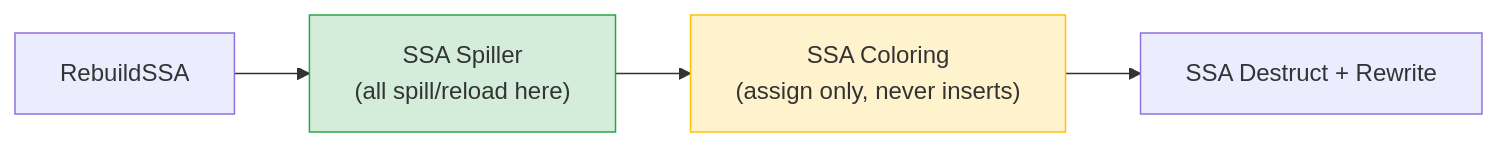
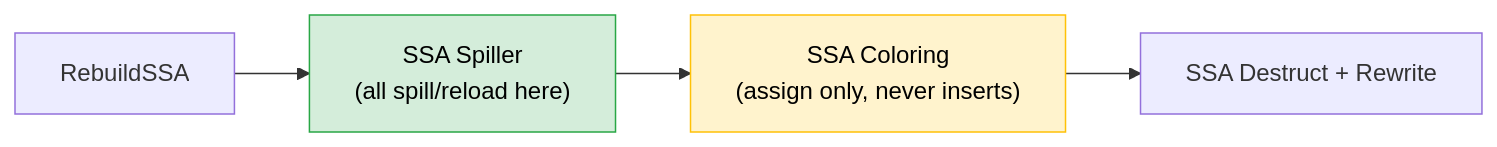
One commit to alex-t/ssa-spiller-docs changed the first of 5 diagrams in SSARA/04-Design/Spiller_Redesign.md. Above: the diagram before and after it, drawn with Mermaid. The commit also changed 7 other files, not shown here.

````diff
--- a/SSARA/04-Design/Spiller_Redesign.md
+++ b/SSARA/04-Design/Spiller_Redesign.md
@@ -21,8 +21,8 @@
 ```mermaid
 flowchart LR
     RS["RebuildSSA"] --> SP["SSA Spiller<br/>(all spill/reload here)"]
     SP --> RA["SSA Coloring<br/>(assign only, never inserts)"]
     RA --> DS["SSA Destruct + Rewrite"]
-    style SP fill:#d4edda,stroke:#28a745
-    style RA fill:#fff3cd,stroke:#ffc107
+    style SP fill:#d4edda,stroke:#28a745,color:#000
+    style RA fill:#fff3cd,stroke:#ffc107,color:#000
 ```
````
